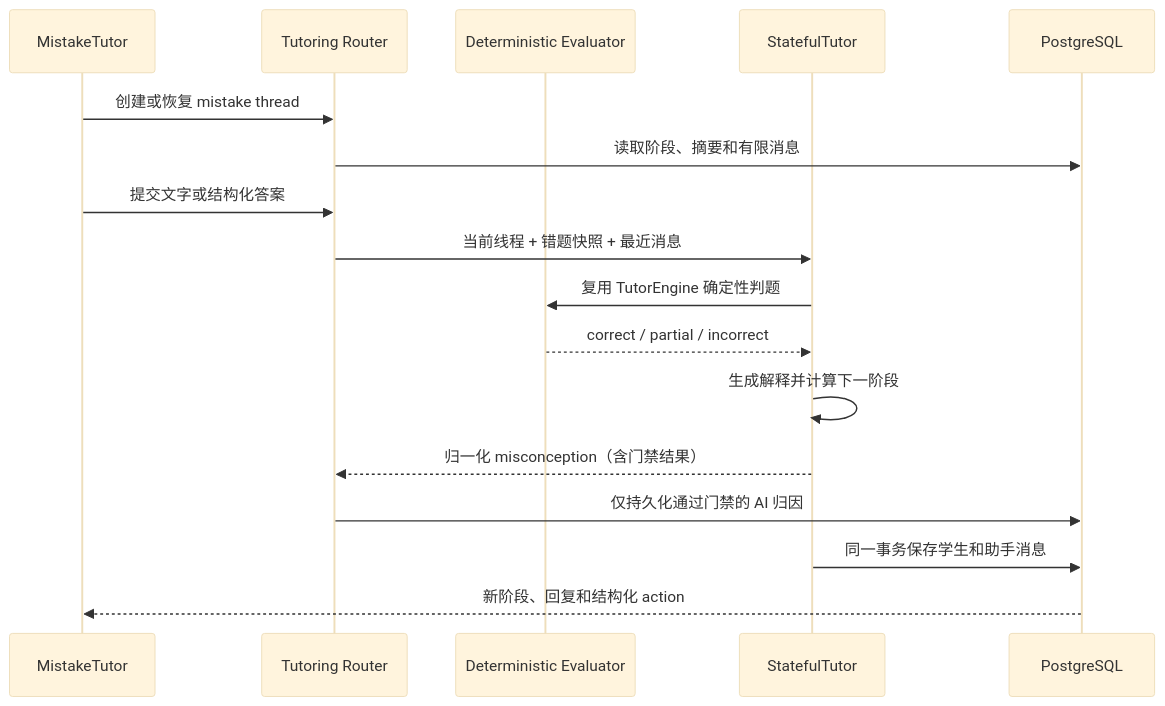
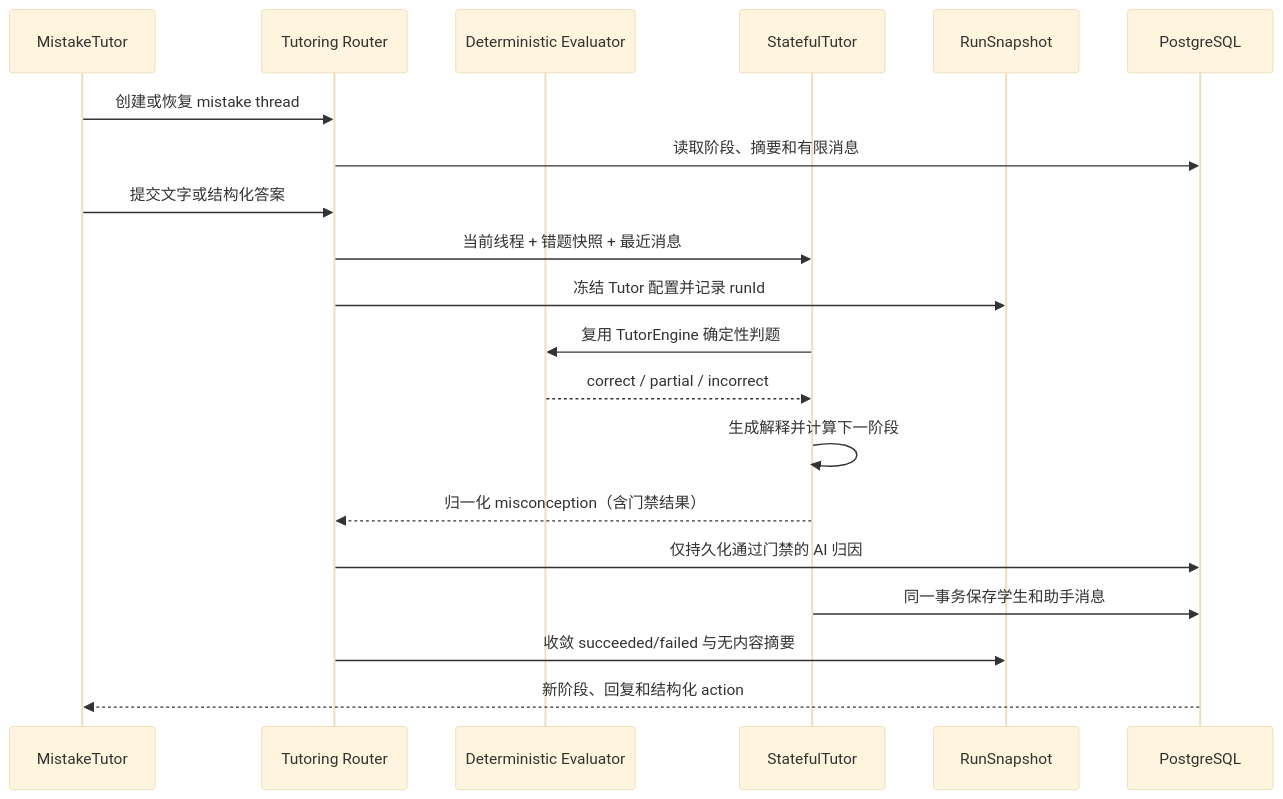
Before and after one commit to ningkaikok/dotty-tutor: the third of 6 diagrams in docs/architecture.md, drawn with Mermaid (base theme). The commit also changed other lines of this file and 19 other files, not shown here.

````diff
--- a/docs/architecture.md
+++ b/docs/architecture.md
@@ -311,20 +311,23 @@
 ```mermaid
 sequenceDiagram
   participant UI as MistakeTutor
   participant API as Tutoring Router
   participant Check as Deterministic Evaluator
   participant Tutor as StatefulTutor
+  participant Audit as RunSnapshot
   participant DB as PostgreSQL
 
   UI->>API: 创建或恢复 mistake thread
   API->>DB: 读取阶段、摘要和有限消息
   UI->>API: 提交文字或结构化答案
   API->>Tutor: 当前线程 + 错题快照 + 最近消息
+  API->>Audit: 冻结 Tutor 配置并记录 runId
   Tutor->>Check: 复用 TutorEngine 确定性判题
   Check-->>Tutor: correct / partial / incorrect
   Tutor->>Tutor: 生成解释并计算下一阶段
   Tutor-->>API: 归一化 misconception（含门禁结果）
   API->>DB: 仅持久化通过门禁的 AI 归因
   Tutor->>DB: 同一事务保存学生和助手消息
+  API->>Audit: 收敛 succeeded/failed 与无内容摘要
   DB-->>UI: 新阶段、回复和结构化 action
 ```
````
